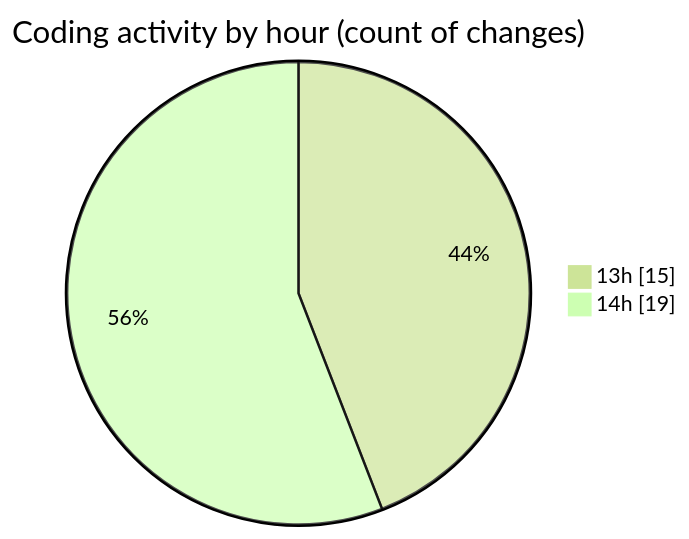
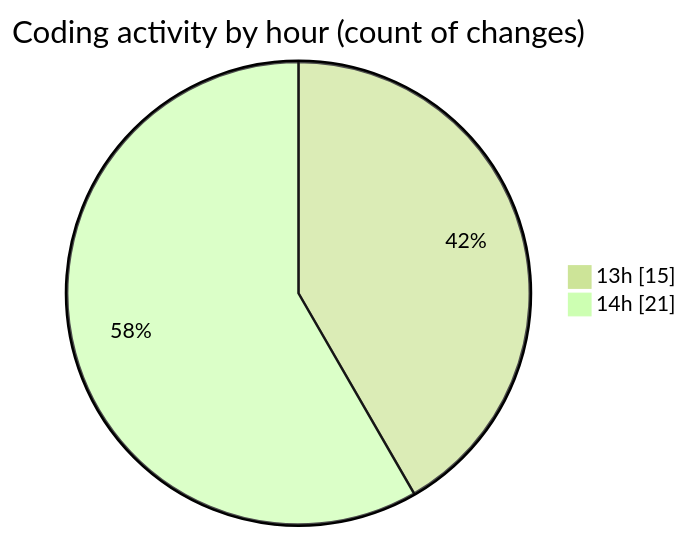
Before and after one commit to idhammustaqopulfikri/code-tracking: the second of 2 diagrams in 2025-05-15/bookingpodcas/README.md, drawn with Mermaid (forest theme). The commit also changed other lines of this file and 1 other file, not shown here.

````diff
--- a/2025-05-15/bookingpodcas/README.md
+++ b/2025-05-15/bookingpodcas/README.md
@@ -36,6 +37,6 @@
 ```mermaid
 pie showData
 title Coding activity by hour (count of changes)
 "13h" : 15
-"14h" : 19
+"14h" : 21
 ```
````
